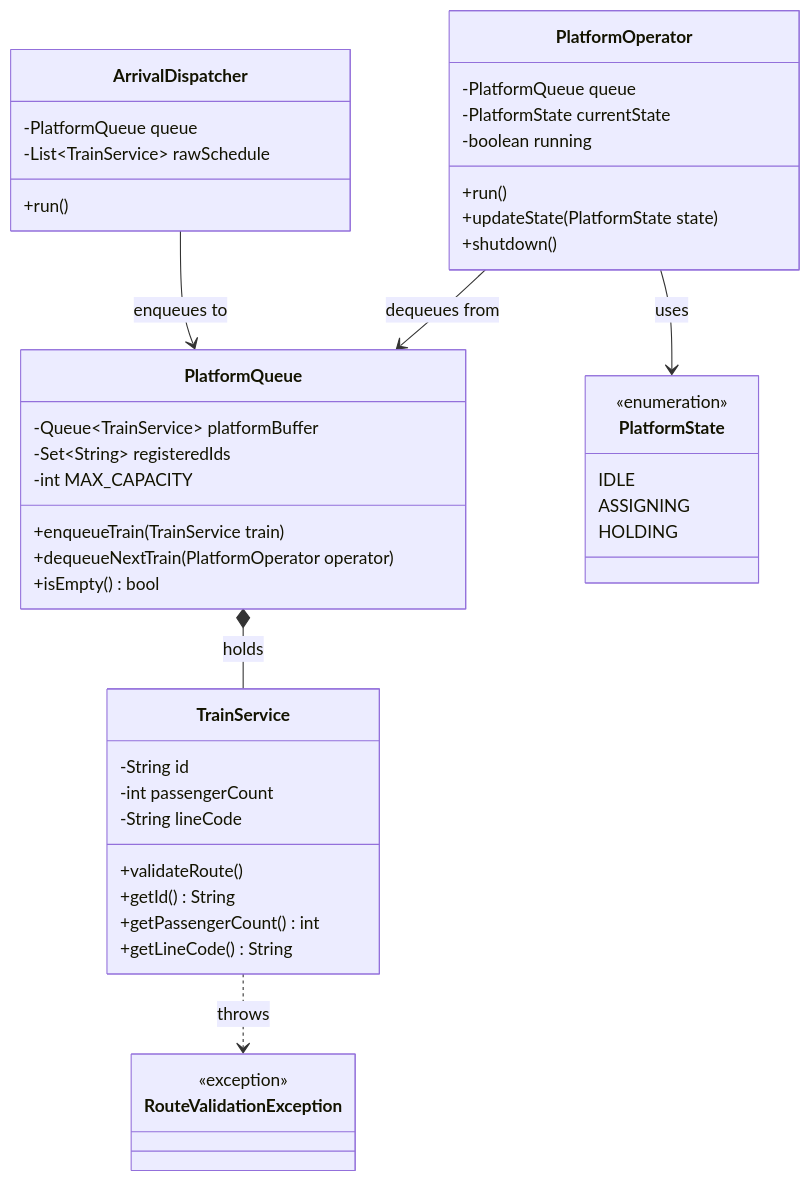
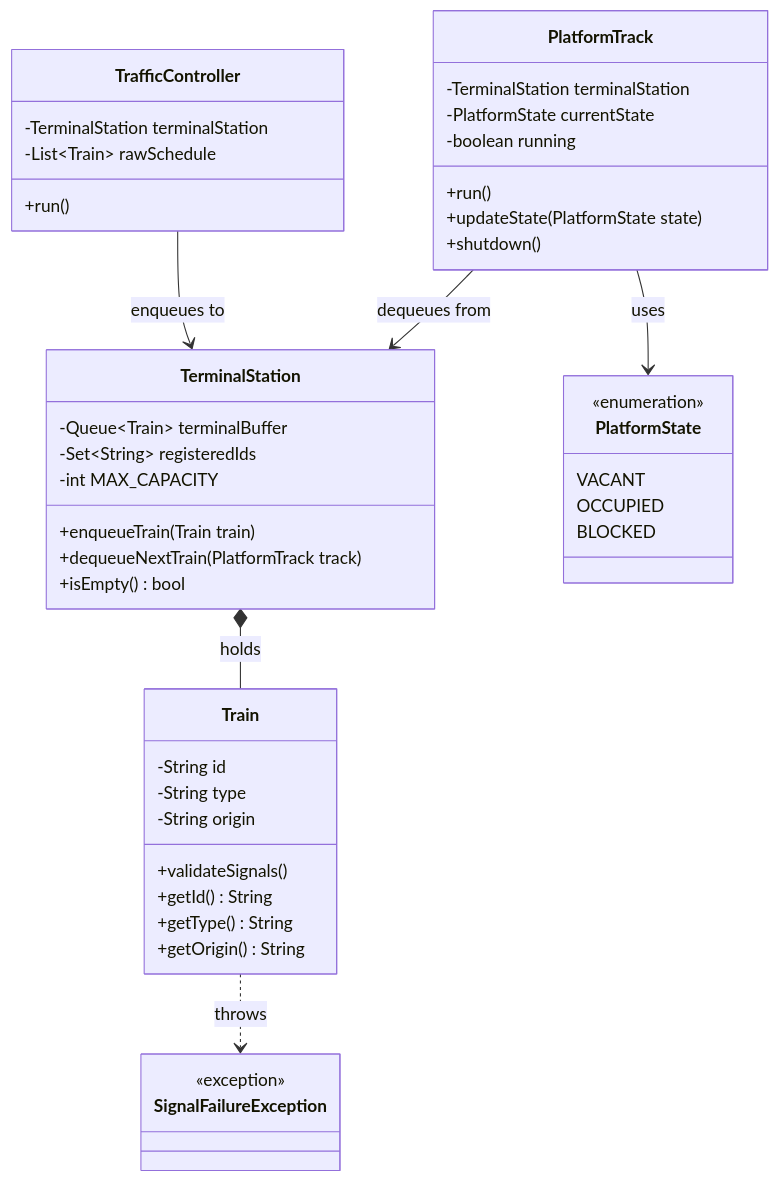
The first of 2 diagrams in README.md (kovexison/isp-test-3-2026-2), drawn with Mermaid before and after one commit. The commit also changed other lines of this file and 12 other files, not shown here.

````diff
--- a/README.md
+++ b/README.md
@@ -26,53 +28,53 @@
 ```mermaid
 classDiagram
-    class TrainService {
+    class Train {
         -String id
-        -int passengerCount
-        -String lineCode
-        +validateRoute()
+        -String type
+        -String origin
+        +validateSignals()
         +getId() String
-        +getPassengerCount() int
-        +getLineCode() String
+        +getType() String
+        +getOrigin() String
     }
 
     class PlatformState {
         <<enumeration>>
-        IDLE
-        ASSIGNING
-        HOLDING
+        VACANT
+        OCCUPIED
+        BLOCKED
     }
 
-    class PlatformQueue {
-        -Queue~TrainService~ platformBuffer
+    class TerminalStation {
+        -Queue~Train~ terminalBuffer
         -Set~String~ registeredIds
         -int MAX_CAPACITY
-        +enqueueTrain(TrainService train)
-        +dequeueNextTrain(PlatformOperator operator)
+        +enqueueTrain(Train train)
+        +dequeueNextTrain(PlatformTrack track)
         +isEmpty() bool
     }
 
-    class ArrivalDispatcher {
-        -PlatformQueue queue
-        -List~TrainService~ rawSchedule
+    class TrafficController {
+        -TerminalStation terminalStation
+        -List~Train~ rawSchedule
         +run()
     }
 
-    class PlatformOperator {
-        -PlatformQueue queue
+    class PlatformTrack {
+        -TerminalStation terminalStation
         -PlatformState currentState
         -boolean running
         +run()
         +updateState(PlatformState state)
         +shutdown()
     }
 
-    class RouteValidationException {
+    class SignalFailureException {
         <<exception>>
     }
 
-    PlatformQueue *-- TrainService : holds
-    ArrivalDispatcher --> PlatformQueue : enqueues to
-    PlatformOperator --> PlatformQueue : dequeues from
-    PlatformOperator --> PlatformState : uses
-    TrainService ..> RouteValidationException : throws
+    TerminalStation *-- Train : holds
+    TrafficController --> TerminalStation : enqueues to
+    PlatformTrack --> TerminalStation : dequeues from
+    PlatformTrack --> PlatformState : uses
+    Train ..> SignalFailureException : throws
 ```
````
